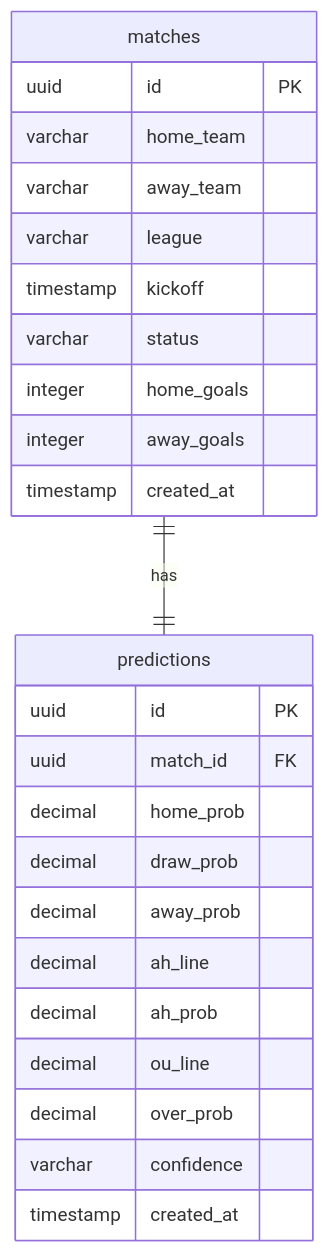
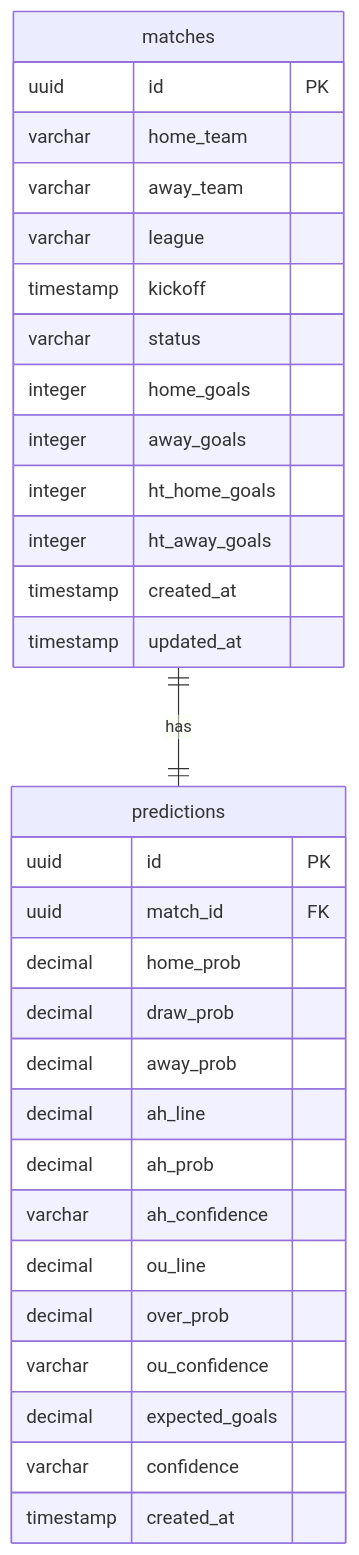
Before and after one commit to agunsux/HandicapLab: the diagram in database_schema.md, drawn with Mermaid. The commit also changed other lines of this file and 4 other files, not shown here.

````diff
--- a/database_schema.md
+++ b/database_schema.md
@@ -5,30 +5,36 @@
 ```mermaid
 erDiagram
     matches ||--|| predictions : "has"
 
     matches {
         uuid id PK
         varchar home_team
         varchar away_team
         varchar league
         timestamp kickoff
         varchar status
         integer home_goals
         integer away_goals
+        integer ht_home_goals
+        integer ht_away_goals
         timestamp created_at
+        timestamp updated_at
     }
 
     predictions {
         uuid id PK
         uuid match_id FK
         decimal home_prob
         decimal draw_prob
         decimal away_prob
         decimal ah_line
         decimal ah_prob
+        varchar ah_confidence
         decimal ou_line
         decimal over_prob
+        varchar ou_confidence
+        decimal expected_goals
         varchar confidence
         timestamp created_at
     }
 ```
````
